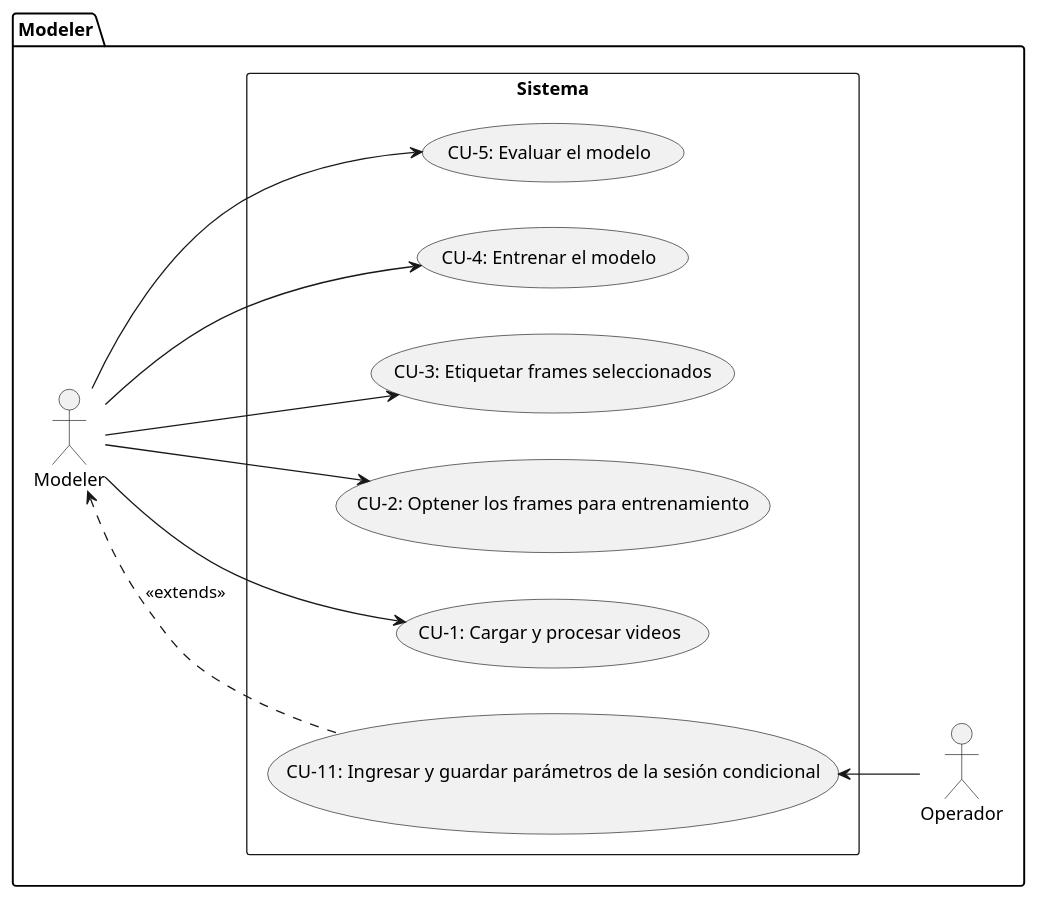
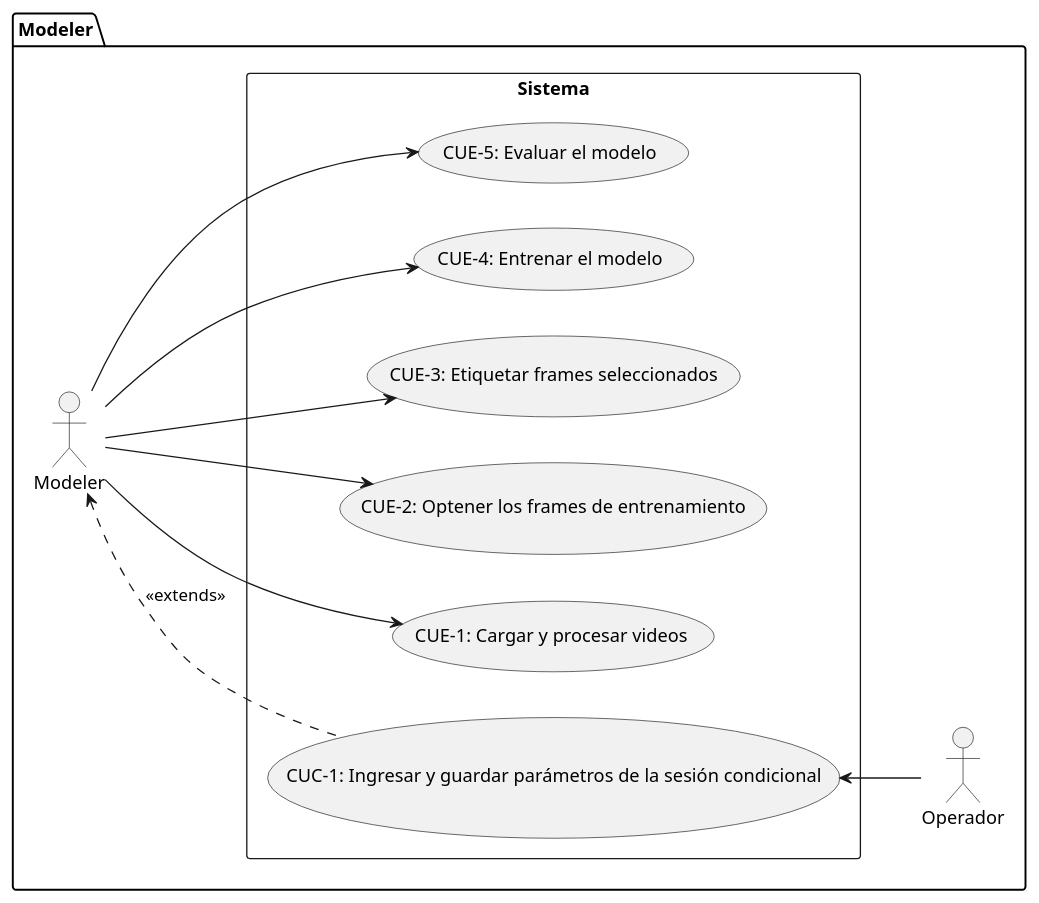
Before and after one commit to MenaVhs/propuesta_pantallas_y_CU: the diagram in Diagramas de Casos de Uso/Modeler.puml, drawn with PlantUML. The commit also changed 5 other files, not shown here.

```diff
--- a/Diagramas de Casos de Uso/Modeler.puml
+++ b/Diagramas de Casos de Uso/Modeler.puml
@@ -1,27 +1,27 @@
 @startuml Modeler
 left to right direction
 package "Modeler"{
 'Creating Actors
 actor Modeler as Mo
 actor Operador as U
 ' actor Usuario as Us
 rectangle "Sistema"{
-    usecase "CU-1: Cargar y procesar videos" as 1
-    usecase "CU-2: Optener los frames para entrenamiento" as 2
-    usecase "CU-3: Etiquetar frames seleccionados" as 3
-    usecase "CU-4: Entrenar el modelo" as 4
-    usecase "CU-5: Evaluar el modelo" as 5
-    usecase "CU-11: Ingresar y guardar parámetros de la sesión condicional" as 11
+    usecase "CUE-1: Cargar y procesar videos" as 1
+    usecase "CUE-2: Optener los frames de entrenamiento" as 2
+    usecase "CUE-3: Etiquetar frames seleccionados" as 3
+    usecase "CUE-4: Entrenar el modelo" as 4
+    usecase "CUE-5: Evaluar el modelo" as 5
+    usecase "CUC-1: Ingresar y guardar parámetros de la sesión condicional" as 11
     
 }
 
 }
 Mo --> 1
 Mo --> 2
 Mo --> 3
 Mo --> 4
 Mo --> 5
 11 <-- U
 Mo <. 11: <<extends>>
 
 @enduml
```
